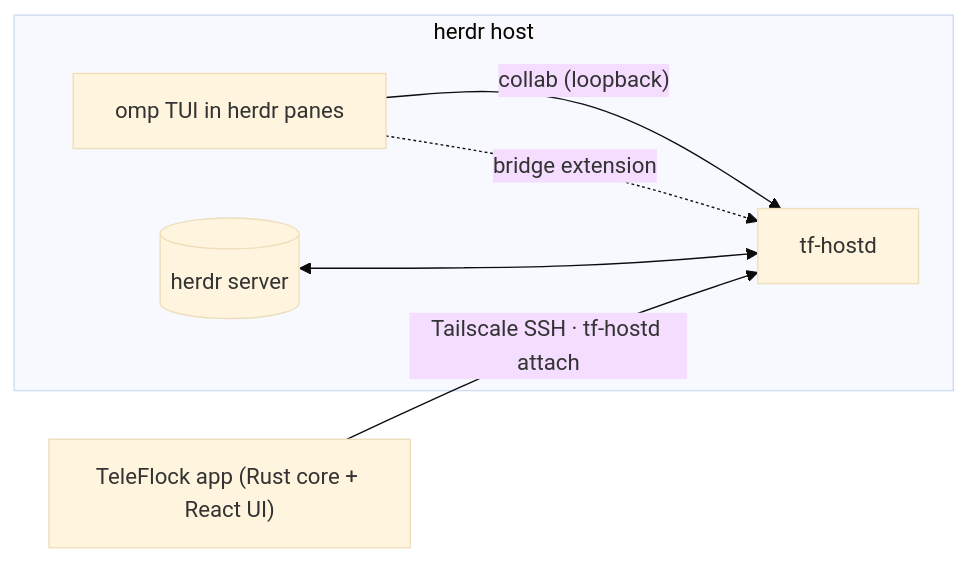
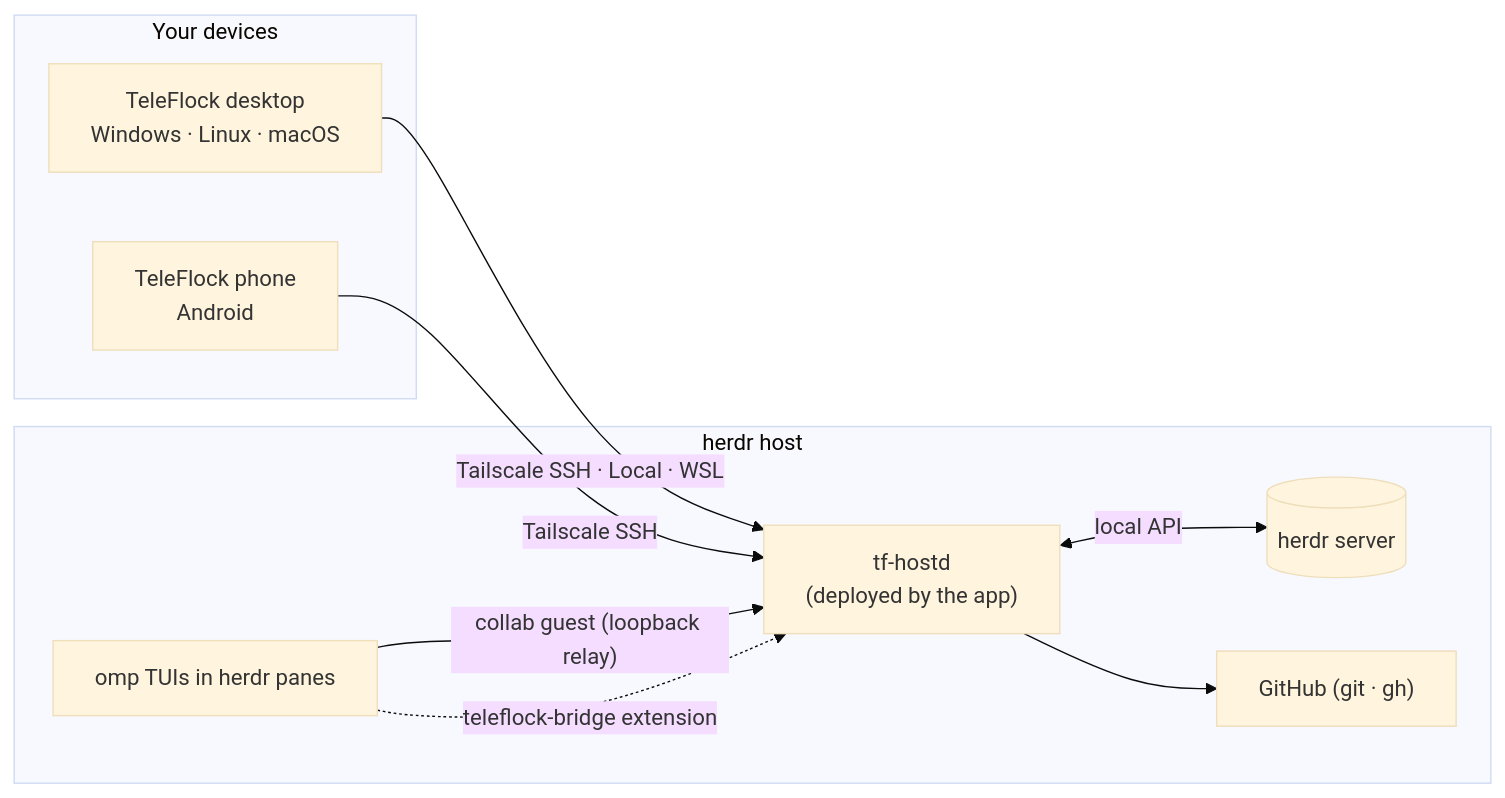
The diagram in README.md (studioplascode/TeleFlock), drawn with Mermaid (base theme) before and after one commit. The commit also changed other lines of this file and 326 other files, not shown here.

First line of the commit message:
Release v0.2.0: Dispatch, auto-updates, Linux/macOS, agent chat, subagent progress, limits

````diff
--- a/README.md
+++ b/README.md
@@ -22,9 +163,19 @@
 ```mermaid
 flowchart LR
+  subgraph devices["Your devices"]
+    desk["TeleFlock desktop<br/>Windows · Linux · macOS"]
+    phone["TeleFlock phone<br/>Android"]
+  end
   subgraph host["herdr host"]
-    omp["omp TUI in herdr panes"] -- "collab (loopback)" --> hostd["tf-hostd"]
-    omp -. "bridge extension" .-> hostd
-    herdr[("herdr server")] <--> hostd
+    hostd["tf-hostd<br/>(deployed by the app)"]
+    omp["omp TUIs in herdr panes"]
+    herdr[("herdr server")]
+    gh["GitHub (git · gh)"]
   end
-  app["TeleFlock app (Rust core + React UI)"] -- "Tailscale SSH · tf-hostd attach" --> hostd
+  desk -- "Tailscale SSH · Local · WSL" --> hostd
+  phone -- "Tailscale SSH" --> hostd
+  omp -- "collab guest (loopback relay)" --> hostd
+  omp -. "teleflock-bridge extension" .-> hostd
+  hostd <-- "local API" --> herdr
+  hostd --> gh
 ```
````
